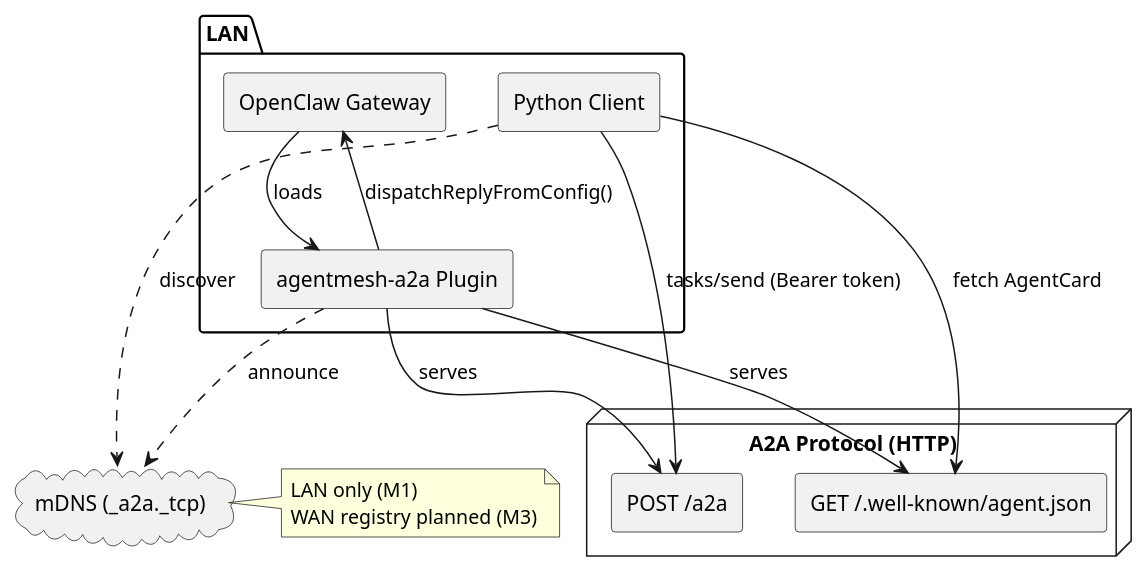
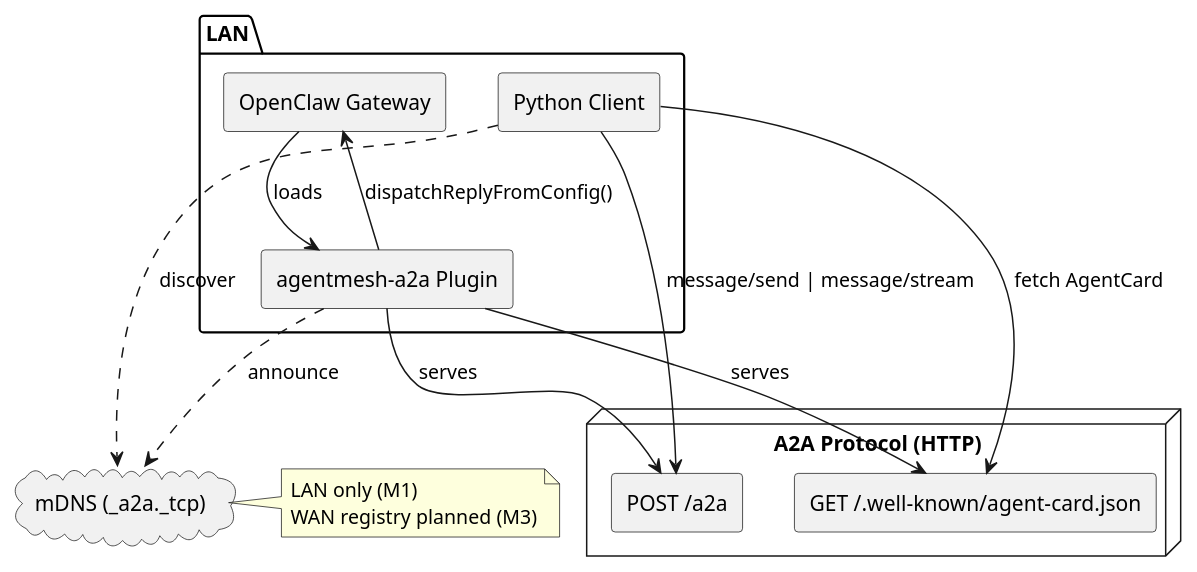
Before and after one commit to clarkzhao/AgentMesh: the first of 2 diagrams in README.md, drawn with PlantUML. The commit also changed other lines of this file and 2 other files, not shown here.

````diff
--- a/README.md
+++ b/README.md
@@ -25,34 +26,34 @@
 ```plantuml
 @startuml
 skinparam componentStyle rectangle
 
 package "LAN" {
   [OpenClaw Gateway] as OC
   [agentmesh-a2a Plugin] as Plugin
   [Python Client] as PyClient
 
   OC --> Plugin : loads
   Plugin --> OC : dispatchReplyFromConfig()
 }
 
 cloud "mDNS (_a2a._tcp)" as MDNS
 
 Plugin ..> MDNS : announce
 PyClient ..> MDNS : discover
 
 node "A2A Protocol (HTTP)" {
-  [GET /.well-known/agent.json] as CardEP
+  [GET /.well-known/agent-card.json] as CardEP
   [POST /a2a] as A2aEP
 }
 
 Plugin --> CardEP : serves
 Plugin --> A2aEP : serves
 PyClient --> CardEP : fetch AgentCard
-PyClient --> A2aEP : tasks/send (Bearer token)
+PyClient --> A2aEP : message/send | message/stream
 
 note right of MDNS
   LAN only (M1)
   WAN registry planned (M3)
 end note
 @enduml
 ```
````
